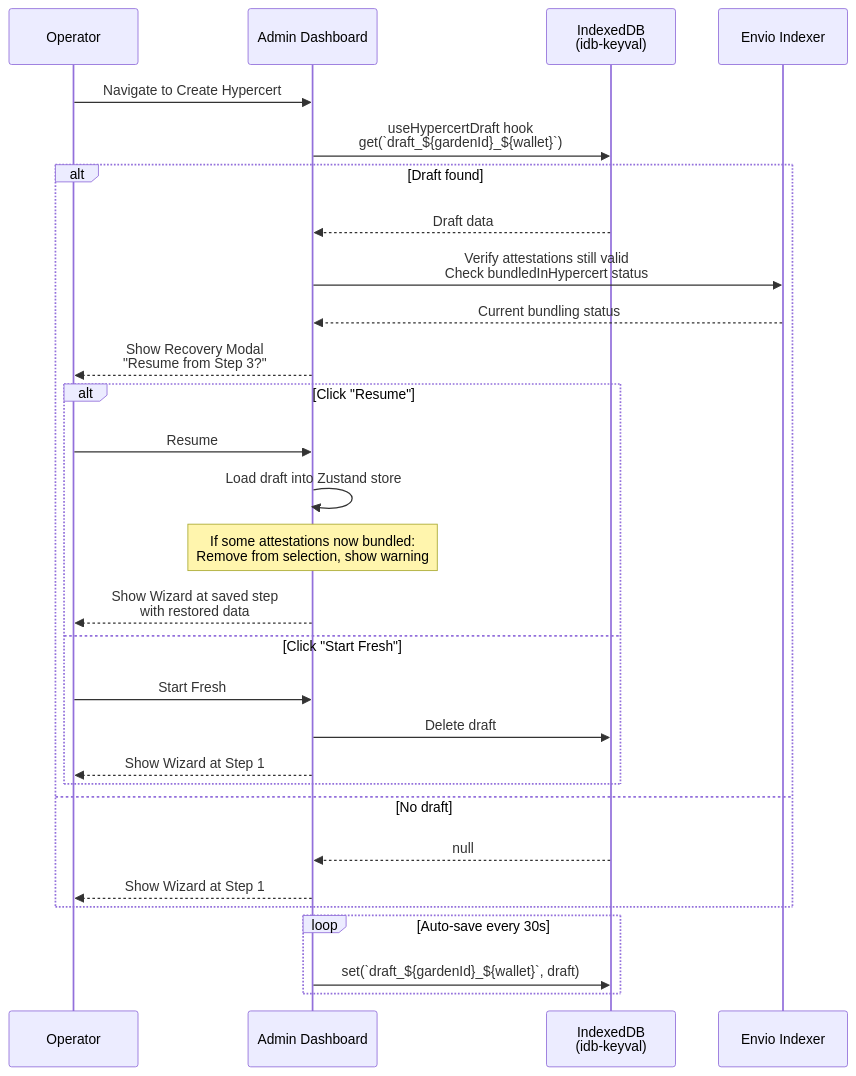
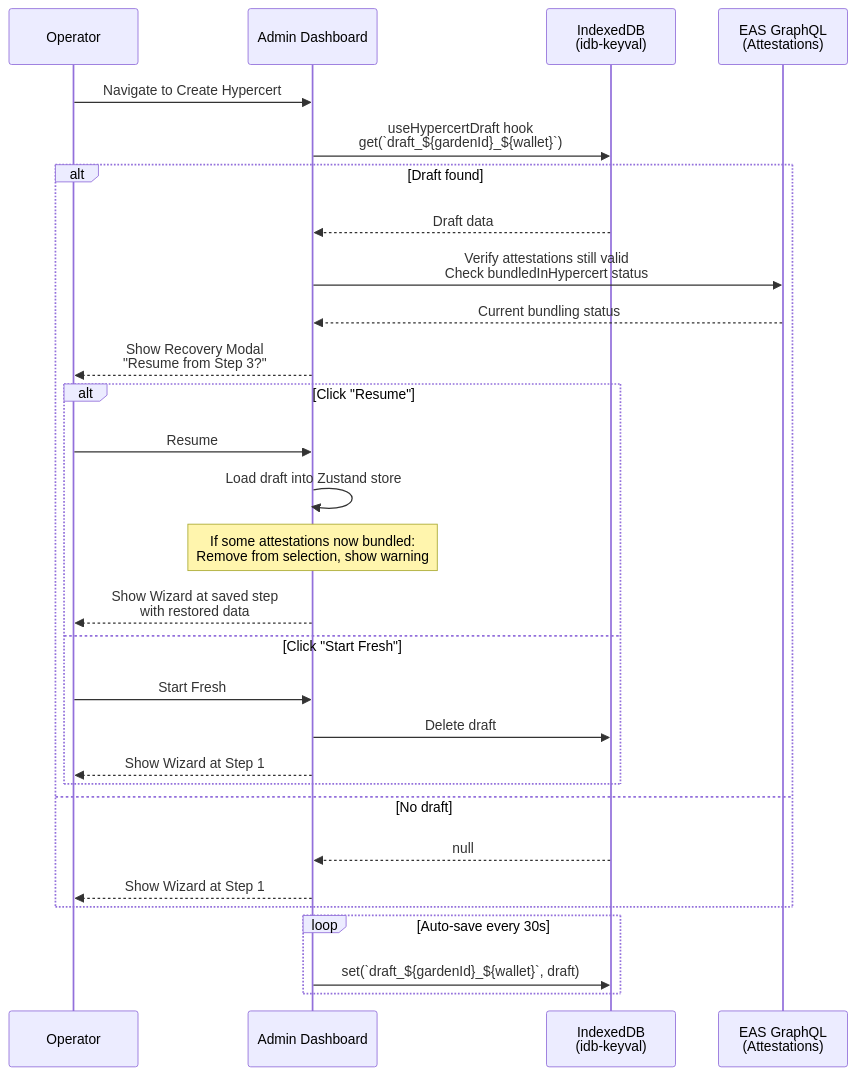
Diagram 11 of 12 in docs/docs/specs/hypercerts/technical-spec.md (greenpill-dev-guild/green-goods), drawn with Mermaid before and after one commit. The commit also changed other lines of this file and 11 other files, not shown here.

````diff
--- a/docs/docs/specs/hypercerts/technical-spec.md
+++ b/docs/docs/specs/hypercerts/technical-spec.md
@@ -1480,38 +1492,38 @@
 ```mermaid
 sequenceDiagram
     participant Op as Operator
     participant Admin as Admin Dashboard
     participant IDB as IndexedDB<br/>(idb-keyval)
-    participant Envio as Envio Indexer
+    participant EAS as EAS GraphQL<br/>(Attestations)
 
     Op->>Admin: Navigate to Create Hypercert
 
     Admin->>IDB: useHypercertDraft hook<br/>get(`draft_${gardenId}_${wallet}`)
 
     alt Draft found
         IDB-->>Admin: Draft data
 
-        Admin->>Envio: Verify attestations still valid<br/>Check bundledInHypercert status
-        Envio-->>Admin: Current bundling status
+        Admin->>EAS: Verify attestations still valid<br/>Check bundledInHypercert status
+        EAS-->>Admin: Current bundling status
 
         Admin-->>Op: Show Recovery Modal<br/>"Resume from Step 3?"
 
         alt Click "Resume"
             Op->>Admin: Resume
             Admin->>Admin: Load draft into Zustand store
             Note over Admin: If some attestations now bundled:<br/>Remove from selection, show warning
             Admin-->>Op: Show Wizard at saved step<br/>with restored data
         else Click "Start Fresh"
             Op->>Admin: Start Fresh
             Admin->>IDB: Delete draft
             Admin-->>Op: Show Wizard at Step 1
         end
     else No draft
         IDB-->>Admin: null
         Admin-->>Op: Show Wizard at Step 1
     end
 
     loop Auto-save every 30s
         Admin->>IDB: set(`draft_${gardenId}_${wallet}`, draft)
     end
 ```
````
